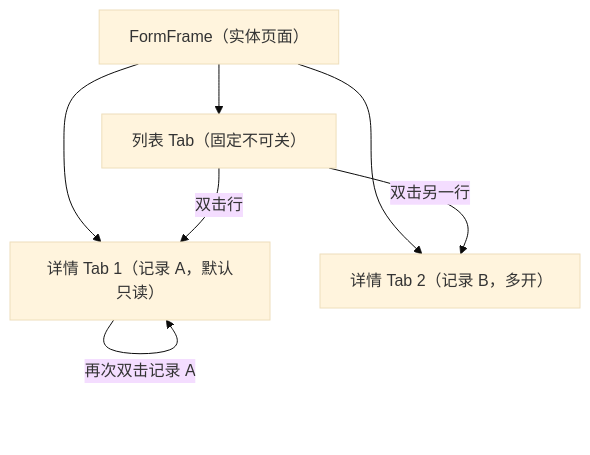
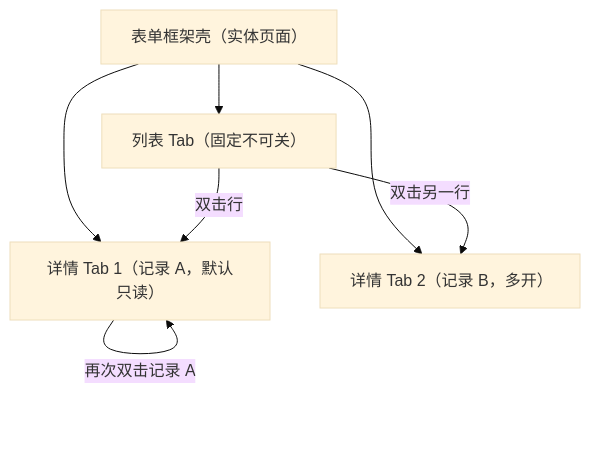
Before and after one commit to minjian123/basic-management-system: the diagram in bms文档/设计/组件设计/03_布局组件类/04_组件设计_多标签导航/04_组件设计_多标签导航.md, drawn with Mermaid (base theme). The commit also changed other lines of this file and 238 other files, not shown here.

````diff
--- a/bms文档/设计/组件设计/03_布局组件类/04_组件设计_多标签导航/04_组件设计_多标签导航.md
+++ b/bms文档/设计/组件设计/03_布局组件类/04_组件设计_多标签导航/04_组件设计_多标签导航.md
@@ -64,9 +55,9 @@
 ```mermaid
 flowchart TD
-    A["FormFrame（实体页面）"] --> B["列表 Tab（固定不可关）"]
+    A["表单框架壳（实体页面）"] --> B["列表 Tab（固定不可关）"]
     A --> C["详情 Tab 1（记录 A，默认只读）"]
     A --> D["详情 Tab 2（记录 B，多开）"]
     B -->|"双击行"| C
     B -->|"双击另一行"| D
     C -->|"再次双击记录 A"| C
 ```
````
